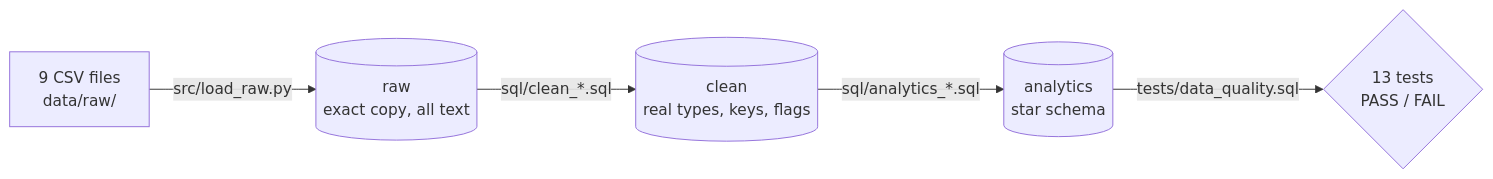
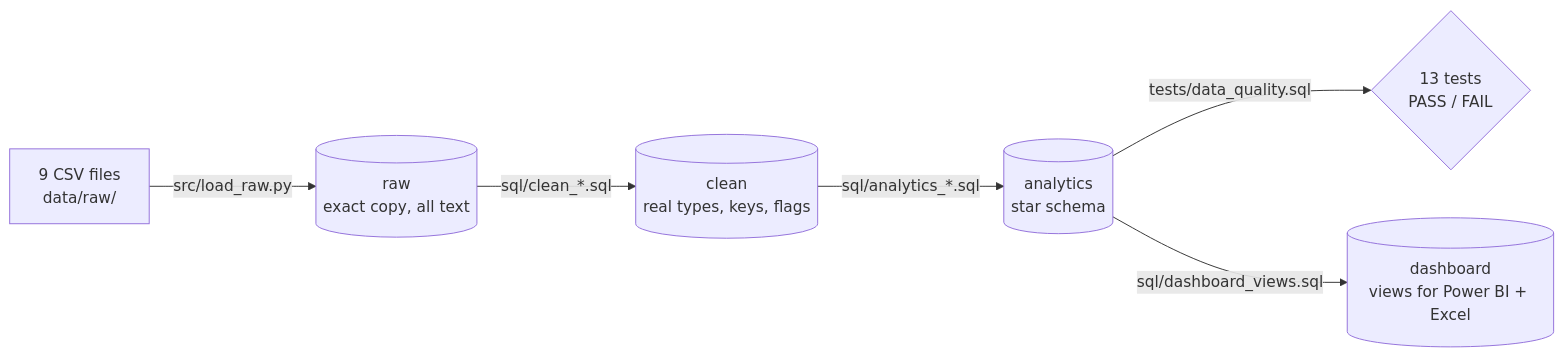
The diagram in README.md (RishitheB0T/olist-customer-experience-analytics), drawn with Mermaid before and after one commit. The commit also changed other lines of this file and 8 other files, not shown here.

Commit message:
feat(dashboard): Power BI measures, theme and build guide with check numbers

````diff
--- a/README.md
+++ b/README.md
@@ -84,7 +84,8 @@
 ```mermaid
 flowchart LR
     A["9 CSV files<br/>data/raw/"] -->|src/load_raw.py| B[("raw<br/>exact copy, all text")]
     B -->|sql/clean_*.sql| C[("clean<br/>real types, keys, flags")]
     C -->|sql/analytics_*.sql| D[("analytics<br/>star schema")]
     D -->|tests/data_quality.sql| E{"13 tests<br/>PASS / FAIL"}
+    D -->|sql/dashboard_views.sql| F[("dashboard<br/>views for Power BI + Excel")]
 ```
````
